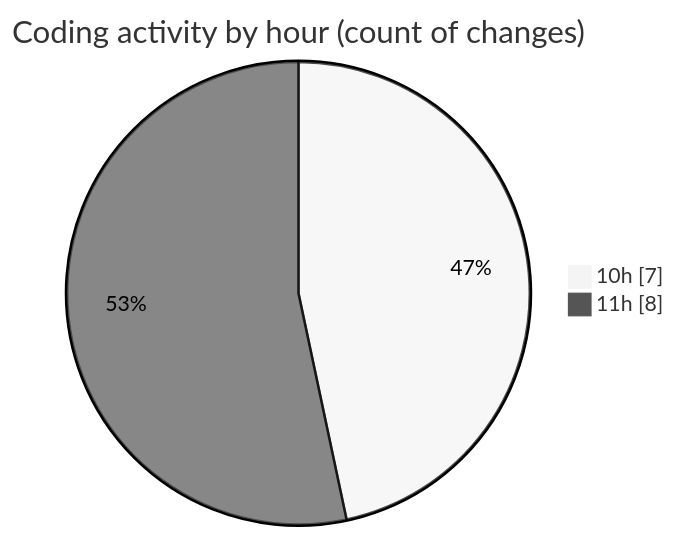
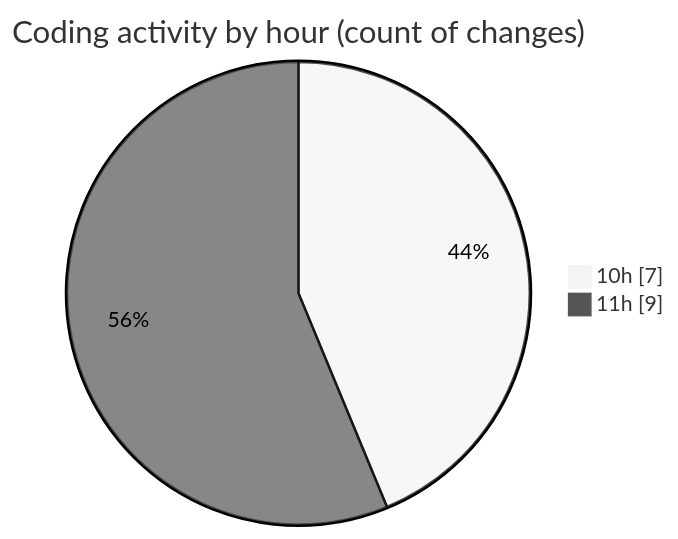
Before and after one commit to nxtqubesakshisongat/code-tracking: the second of 2 diagrams in 2026-02-10/nxtqube_webapp/README.md, drawn with Mermaid (neutral theme). The commit also changed other lines of this file and 1 other file, not shown here.

````diff
--- a/2026-02-10/nxtqube_webapp/README.md
+++ b/2026-02-10/nxtqube_webapp/README.md
@@ -29,6 +29,6 @@
 ```mermaid
 pie showData
 title Coding activity by hour (count of changes)
 "10h" : 7
-"11h" : 8
+"11h" : 9
 ```
````
